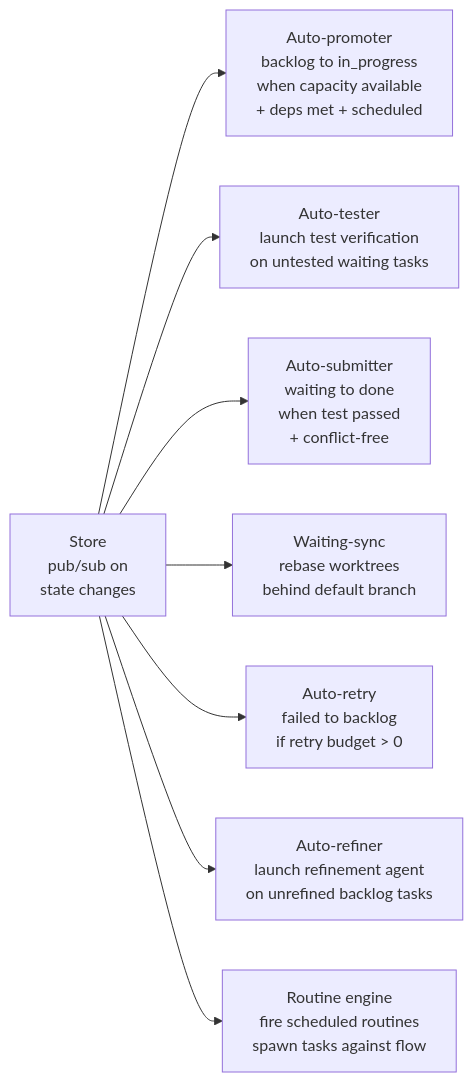
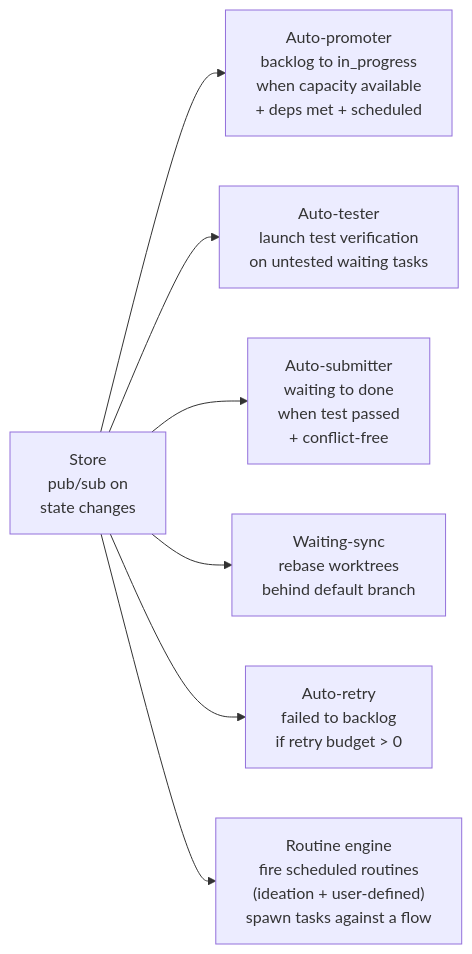
The fourth of 6 diagrams in docs/internals/architecture.md (changkun/wallfacer), drawn with Mermaid before and after one commit. The commit also changed other lines of this file, not shown here.

First line of the commit message:
docs(internals): host-process architecture, real package map and watchers

````diff
--- a/docs/internals/architecture.md
+++ b/docs/internals/architecture.md
@@ -112,12 +128,11 @@
 ```mermaid
 flowchart LR
     PubSub["Store<br/>pub/sub on<br/>state changes"]
 
     PubSub --> Promoter["Auto-promoter<br/>backlog to in_progress<br/>when capacity available<br/>+ deps met + scheduled"]
     PubSub --> Tester["Auto-tester<br/>launch test verification<br/>on untested waiting tasks"]
     PubSub --> Submitter["Auto-submitter<br/>waiting to done<br/>when test passed<br/>+ conflict-free"]
     PubSub --> Sync["Waiting-sync<br/>rebase worktrees<br/>behind default branch"]
     PubSub --> Retry["Auto-retry<br/>failed to backlog<br/>if retry budget > 0"]
-    PubSub --> Refiner["Auto-refiner<br/>launch refinement agent<br/>on unrefined backlog tasks"]
-    PubSub --> Routines["Routine engine<br/>fire scheduled routines<br/>spawn tasks against flow"]
+    PubSub --> Routines["Routine engine<br/>fire scheduled routines<br/>(ideation + user-defined)<br/>spawn tasks against a flow"]
 ```
````
